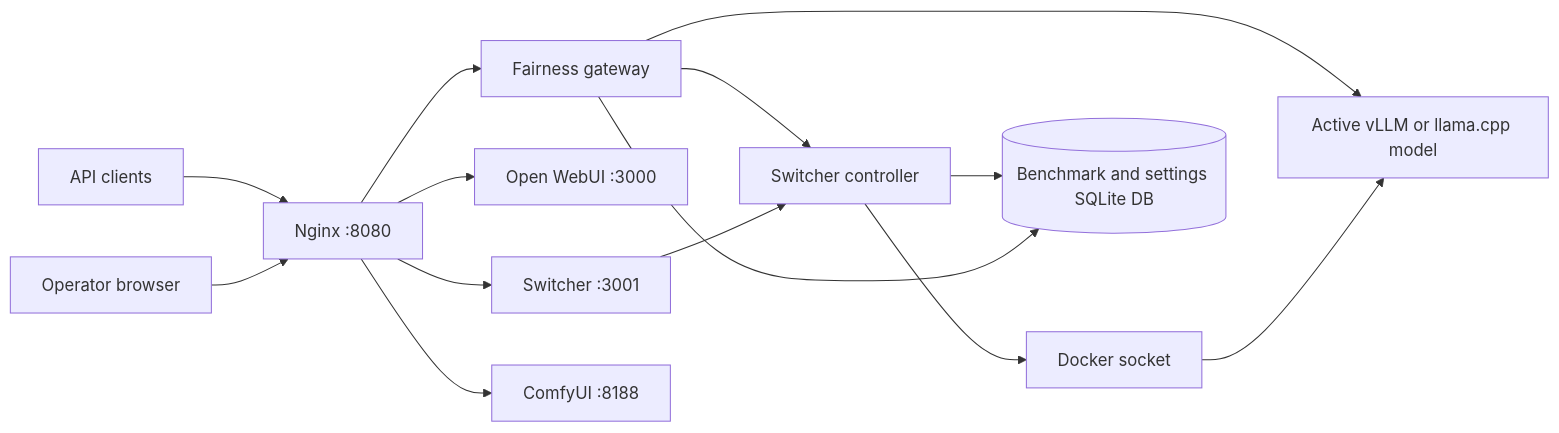
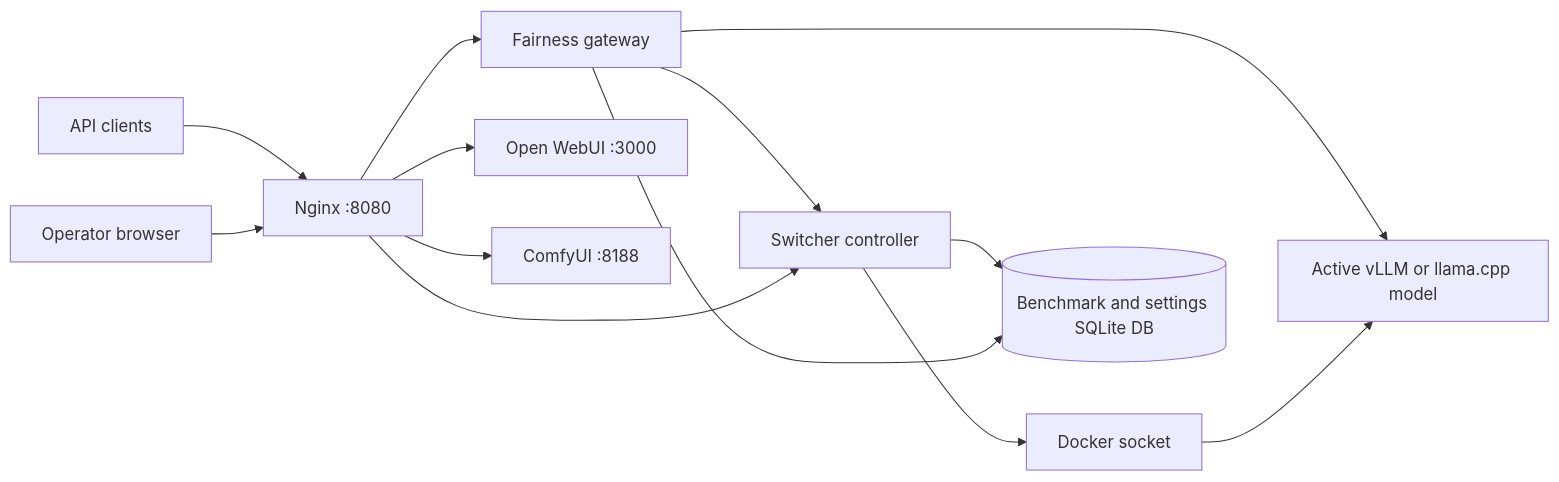
Before and after one commit to kanebrands/ai-model-switcher: the diagram in docs/ARCHITECTURE.md, drawn with Mermaid.

Commit message:
Clarify controller route in architecture diagram

````diff
--- a/docs/ARCHITECTURE.md
+++ b/docs/ARCHITECTURE.md
@@ -3,16 +3,15 @@
 ```mermaid
 flowchart LR
     Agent[API clients] --> Nginx[Nginx :8080]
     Browser[Operator browser] --> Nginx
     Nginx --> Gateway[Fairness gateway]
     Gateway --> Controller[Switcher controller]
     Gateway --> Engine[Active vLLM or llama.cpp model]
     Controller --> Docker[Docker socket]
     Docker --> Engine
     Nginx --> WebUI[Open WebUI :3000]
-    Nginx --> Switcher[Switcher :3001]
-    Switcher --> Controller
+    Nginx --> Controller
     Nginx --> ComfyUI[ComfyUI :8188]
     Controller --> Database[(Benchmark and settings SQLite DB)]
     Gateway --> Database
 ```
````
